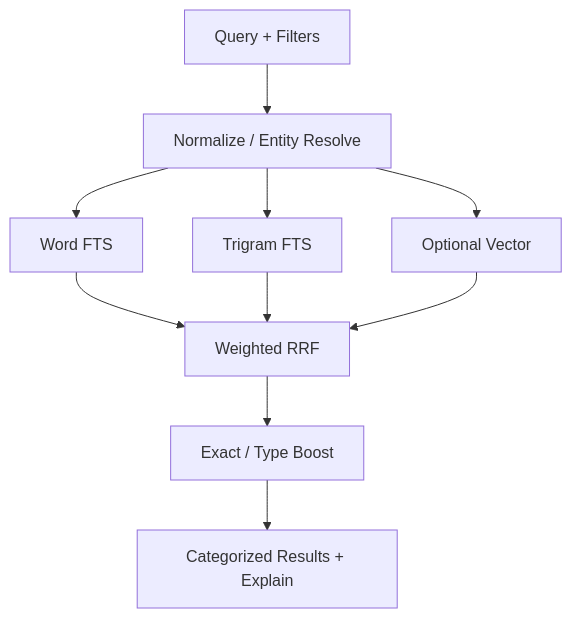
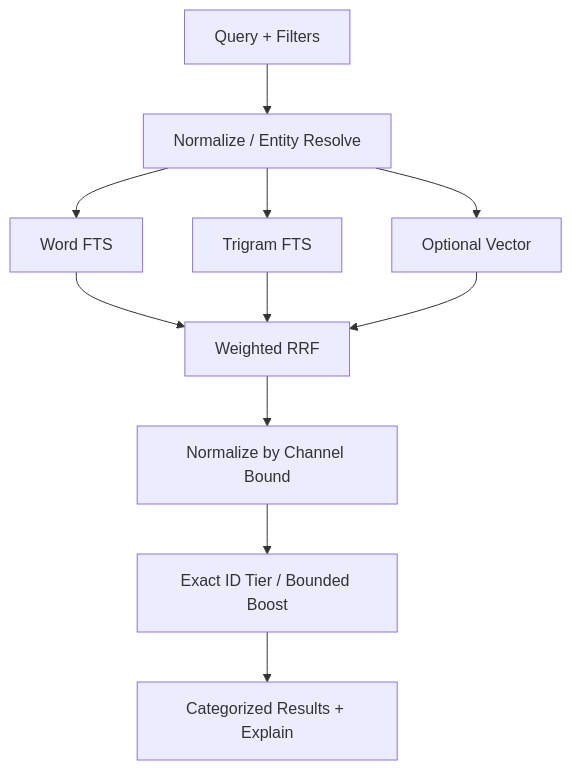
Before and after one commit to CaiZongyuan/knowmesh: the fifth of 5 diagrams in docs/KnowMesh_v0.1_Technical_SPEC.md, drawn with Mermaid. The commit also changed other lines of this file and 102 other files, not shown here.

````diff
--- a/docs/KnowMesh_v0.1_Technical_SPEC.md
+++ b/docs/KnowMesh_v0.1_Technical_SPEC.md
@@ -1668,12 +1781,13 @@
 ```mermaid
 flowchart TD
     Q["Query + Filters"] --> N["Normalize / Entity Resolve"]
     N --> W["Word FTS"]
     N --> T["Trigram FTS"]
     N --> V["Optional Vector"]
     W --> R["Weighted RRF"]
     T --> R
     V --> R
-    R --> B["Exact / Type Boost"]
+    R --> Z["Normalize by Channel Bound"]
+    Z --> B["Exact ID Tier / Bounded Boost"]
     B --> O["Categorized Results + Explain"]
 ```
````
